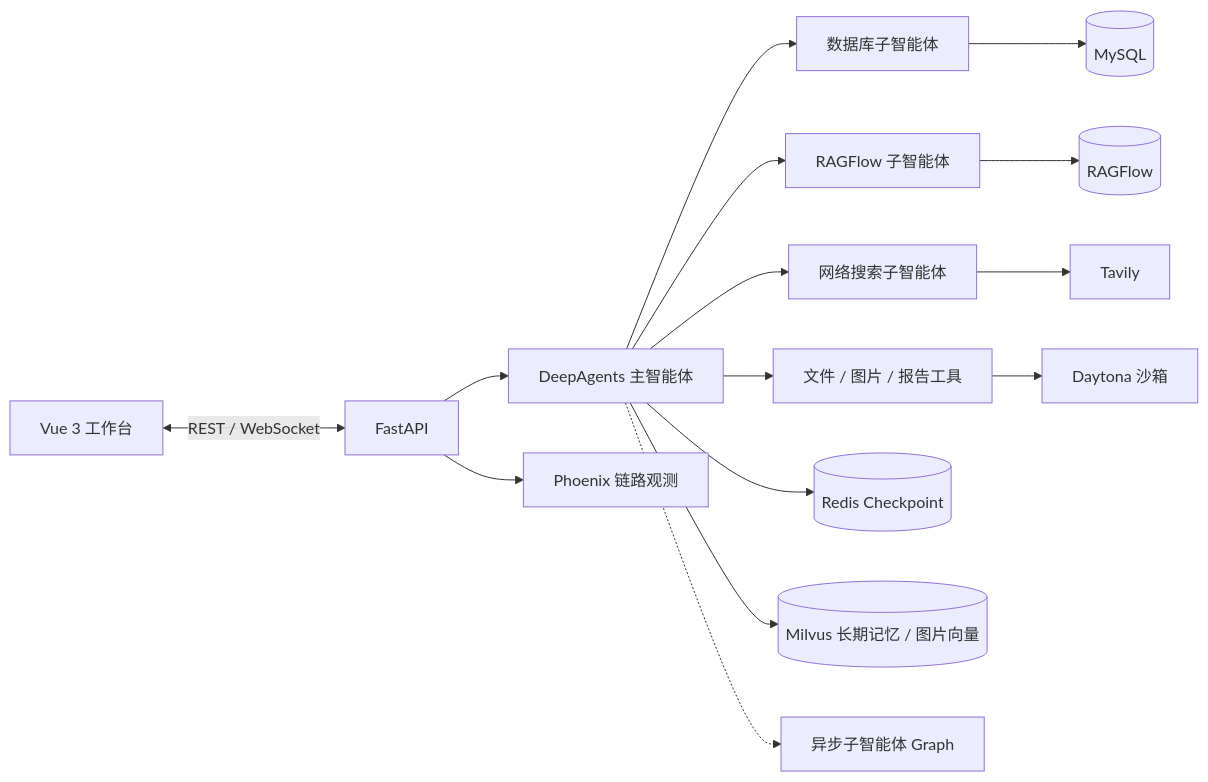
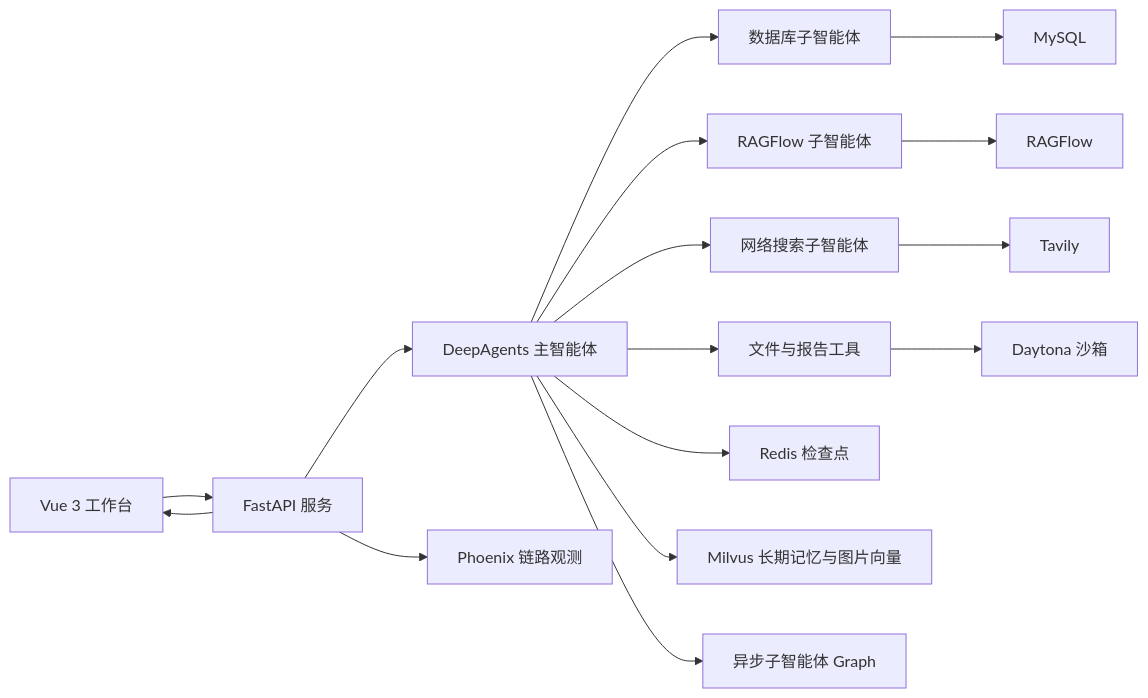
The diagram in README.md (XiaoFeiCode/DeepResearchAgent), drawn with Mermaid before and after one commit.

Commit message:
Fix GitHub Mermaid architecture diagram

````diff
--- a/README.md
+++ b/README.md
@@ -37,21 +37,18 @@
 ```mermaid
-flowchart LR
-    UI[Vue 3 工作台] <-->|REST / WebSocket| API[FastAPI]
-    API --> MAIN[DeepAgents 主智能体]
-
-    MAIN --> DB[数据库子智能体]
-    MAIN --> RAG[RAGFlow 子智能体]
-    MAIN --> WEB[网络搜索子智能体]
-    MAIN --> FILE[文件 / 图片 / 报告工具]
-
-    DB --> MYSQL[(MySQL)]
-    RAG --> RAGFLOW[(RAGFlow)]
-    WEB --> TAVILY[Tavily]
-    FILE --> SANDBOX[Daytona 沙箱]
-
-    MAIN --> REDIS[(Redis Checkpoint)]
-    MAIN --> MILVUS[(Milvus 长期记忆 / 图片向量)]
-    MAIN -.-> ASYNC[异步子智能体 Graph]
-
-    API --> PHOENIX[Phoenix 链路观测]
+graph LR
+    UI["Vue 3 工作台"] --> API["FastAPI 服务"]
+    API --> UI
+    API --> MAIN["DeepAgents 主智能体"]
+    MAIN --> DB["数据库子智能体"]
+    MAIN --> RAG["RAGFlow 子智能体"]
+    MAIN --> WEB["网络搜索子智能体"]
+    MAIN --> FILES["文件与报告工具"]
+    DB --> MYSQL["MySQL"]
+    RAG --> RAGFLOW["RAGFlow"]
+    WEB --> TAVILY["Tavily"]
+    FILES --> DAYTONA["Daytona 沙箱"]
+    MAIN --> REDIS["Redis 检查点"]
+    MAIN --> MILVUS["Milvus 长期记忆与图片向量"]
+    MAIN --> ASYNC["异步子智能体 Graph"]
+    API --> PHOENIX["Phoenix 链路观测"]
 ```
````
